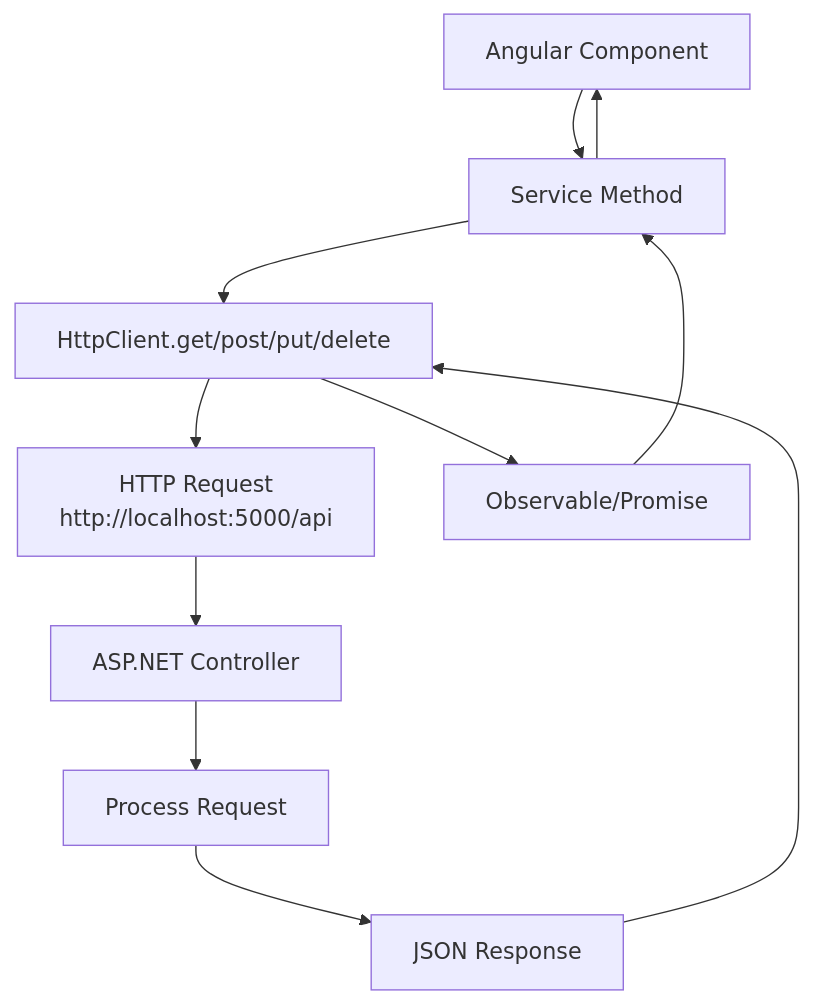
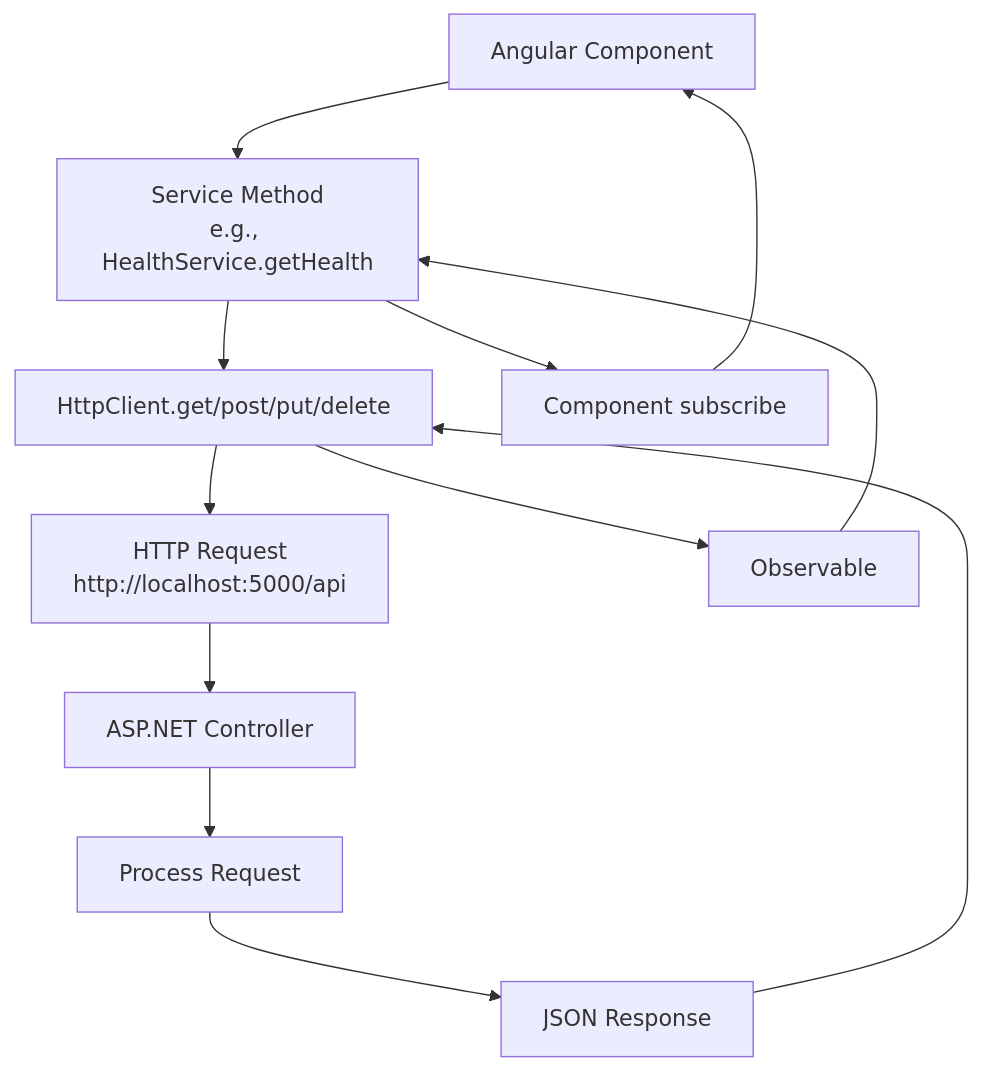
One commit to David-Kanta/kata-meal-planner changed the diagram in docs/memory-bank/frontend/BACKEND_COMMUNICATION.md. Above: the diagram before and after it, drawn with Mermaid. The commit also changed other lines of this file and 2 other files, not shown here.

````diff
--- a/docs/memory-bank/frontend/BACKEND_COMMUNICATION.md
+++ b/docs/memory-bank/frontend/BACKEND_COMMUNICATION.md
@@ -18,13 +18,14 @@
 ```mermaid
 graph TD
-    A[Angular Component] --> B[Service Method]
+    A[Angular Component] --> B[Service Method<br/>e.g., HealthService.getHealth]
     B --> C[HttpClient.get/post/put/delete]
     C --> D[HTTP Request<br/>http://localhost:5000/api]
     D --> E[ASP.NET Controller]
     E --> F[Process Request]
     F --> G[JSON Response]
     G --> C
-    C --> H[Observable/Promise]
+    C --> H[Observable<HealthStatus>]
     H --> B
-    B --> A
+    B --> I[Component subscribe]
+    I --> A
 ```
````
